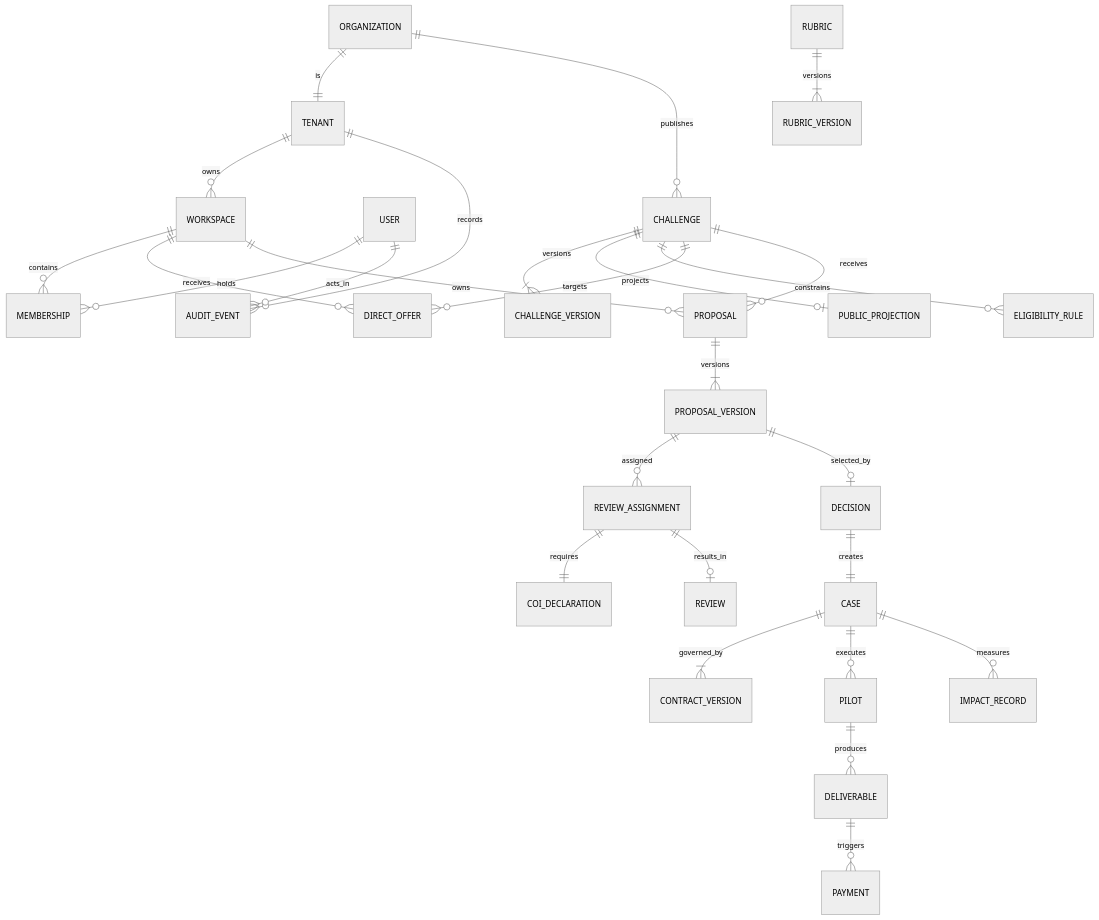
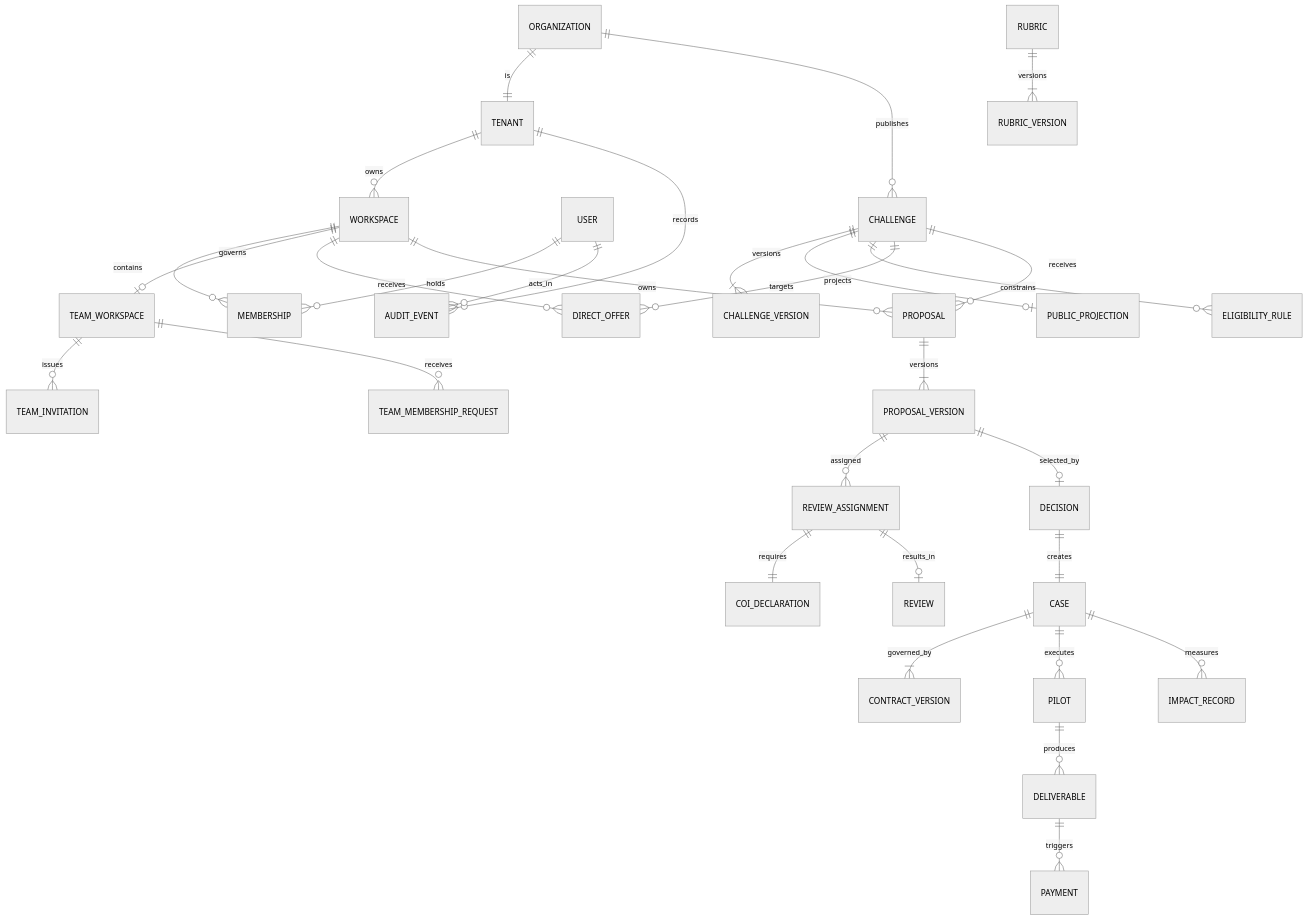
One commit to moalimir/Rahehal changed the diagram in project-documents/20_CANONICAL_MODEL.md. Above: the diagram before and after it, drawn with Mermaid (neutral theme). The commit also changed other lines of this file and 41 other files, not shown here.

````diff
--- a/project-documents/20_CANONICAL_MODEL.md
+++ b/project-documents/20_CANONICAL_MODEL.md
@@ -192,29 +194,32 @@
 ```mermaid
 erDiagram
     TENANT ||--o{ WORKSPACE : owns
     USER ||--o{ MEMBERSHIP : holds
     WORKSPACE ||--o{ MEMBERSHIP : contains
+    WORKSPACE ||--o| TEAM_WORKSPACE : governs
+    TEAM_WORKSPACE ||--o{ TEAM_INVITATION : issues
+    TEAM_WORKSPACE ||--o{ TEAM_MEMBERSHIP_REQUEST : receives
     ORGANIZATION ||--|| TENANT : is
     ORGANIZATION ||--o{ CHALLENGE : publishes
     CHALLENGE ||--|{ CHALLENGE_VERSION : versions
     CHALLENGE ||--o| PUBLIC_PROJECTION : projects
     CHALLENGE ||--o{ ELIGIBILITY_RULE : constrains
     CHALLENGE ||--o{ DIRECT_OFFER : targets
     WORKSPACE ||--o{ DIRECT_OFFER : receives
     CHALLENGE ||--o{ PROPOSAL : receives
     WORKSPACE ||--o{ PROPOSAL : owns
     PROPOSAL ||--|{ PROPOSAL_VERSION : versions
     RUBRIC ||--|{ RUBRIC_VERSION : versions
     PROPOSAL_VERSION ||--o{ REVIEW_ASSIGNMENT : assigned
     REVIEW_ASSIGNMENT ||--|| COI_DECLARATION : requires
     REVIEW_ASSIGNMENT ||--o| REVIEW : results_in
     PROPOSAL_VERSION ||--o| DECISION : selected_by
     DECISION ||--|| CASE : creates
     CASE ||--|{ CONTRACT_VERSION : governed_by
     CASE ||--o{ PILOT : executes
     PILOT ||--o{ DELIVERABLE : produces
     DELIVERABLE ||--o{ PAYMENT : triggers
     CASE ||--o{ IMPACT_RECORD : measures
     TENANT ||--o{ AUDIT_EVENT : records
     USER ||--o{ AUDIT_EVENT : acts_in
 ```
````
